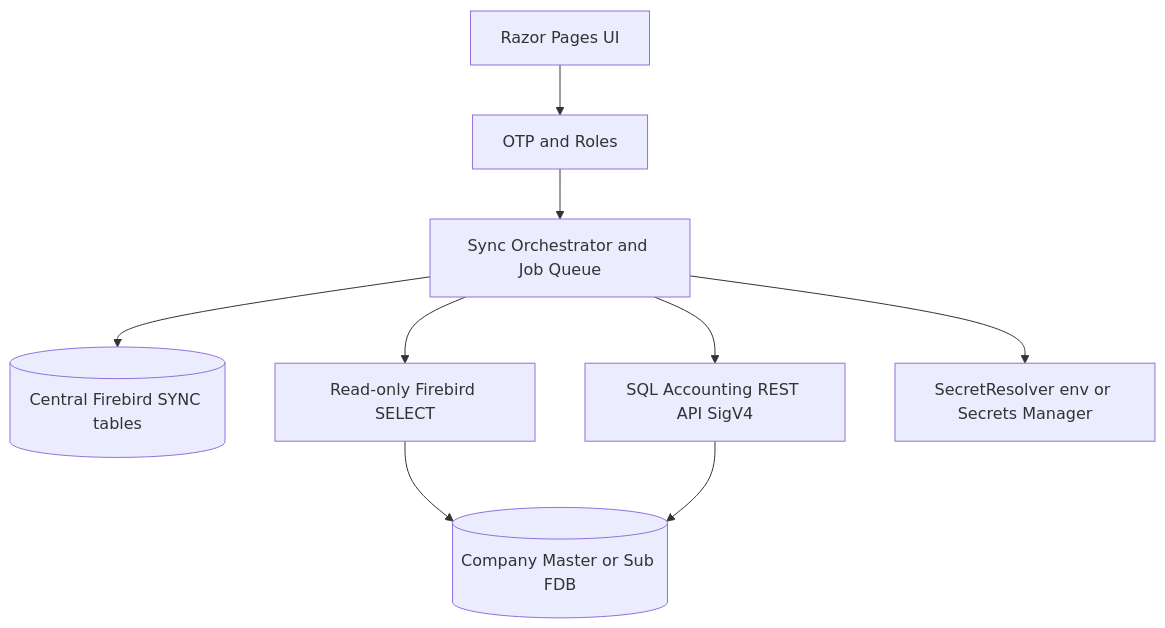
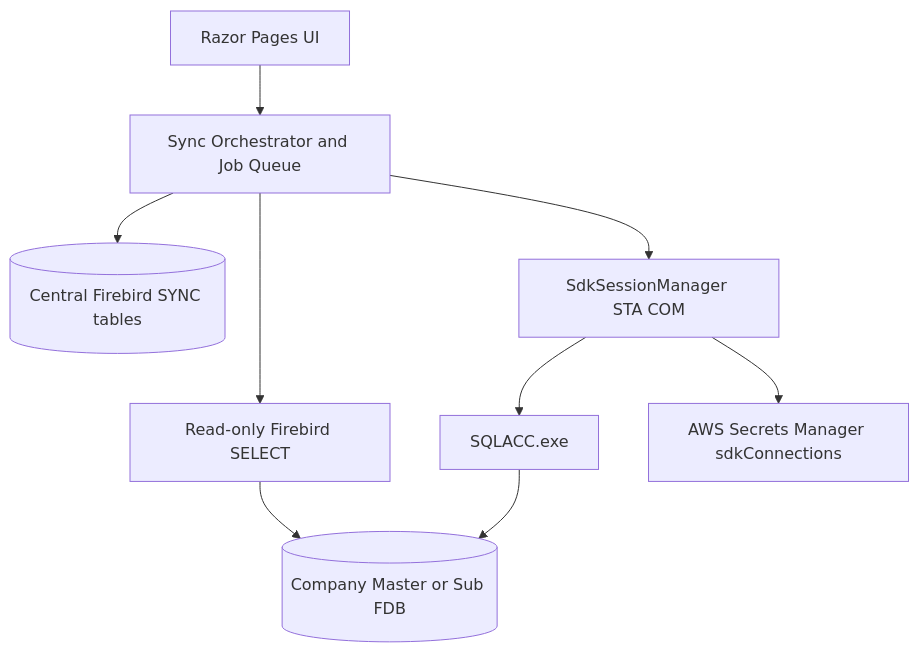
One commit to JJasXS/multiDBSync changed the diagram in README.md. Above: the diagram before and after it, drawn with Mermaid. The commit also changed other lines of this file and 43 other files, not shown here.

First line of the commit message:
Replace SQL Acc HTTP API writes with SDK Live COM.

````diff
--- a/README.md
+++ b/README.md
@@ -25,11 +17,11 @@
 ```mermaid
 flowchart TD
-    UI[Razor Pages UI] --> Auth[OTP and Roles]
-    Auth --> Orch[Sync Orchestrator and Job Queue]
+    UI[Razor Pages UI] --> Orch[Sync Orchestrator and Job Queue]
     Orch --> Central[(Central Firebird SYNC tables)]
     Orch --> Read[Read-only Firebird SELECT]
     Read --> Company[(Company Master or Sub FDB)]
-    Orch --> Api[SQL Accounting REST API SigV4]
-    Api --> Company
-    Orch --> Secrets[SecretResolver env or Secrets Manager]
+    Orch --> Sdk[SdkSessionManager STA COM]
+    Sdk --> SQLACC[SQLACC.exe]
+    SQLACC --> Company
+    Sdk --> Secrets[AWS Secrets Manager sdkConnections]
 ```
````
